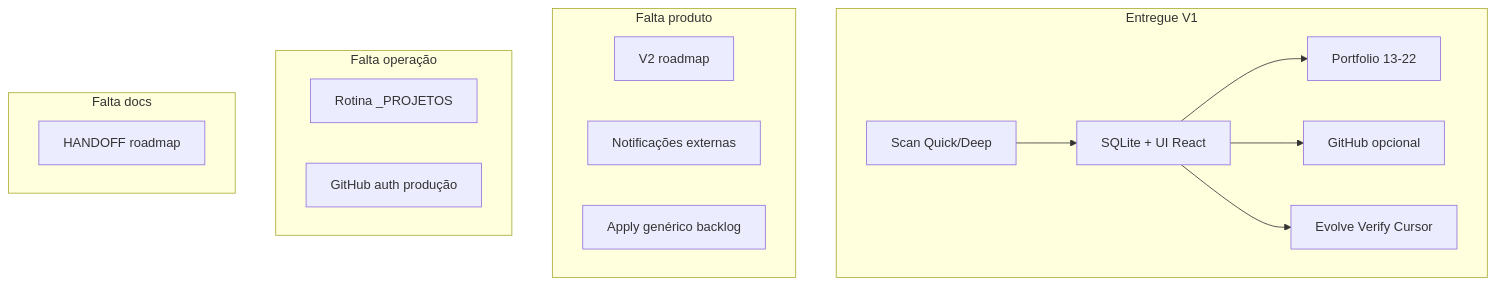
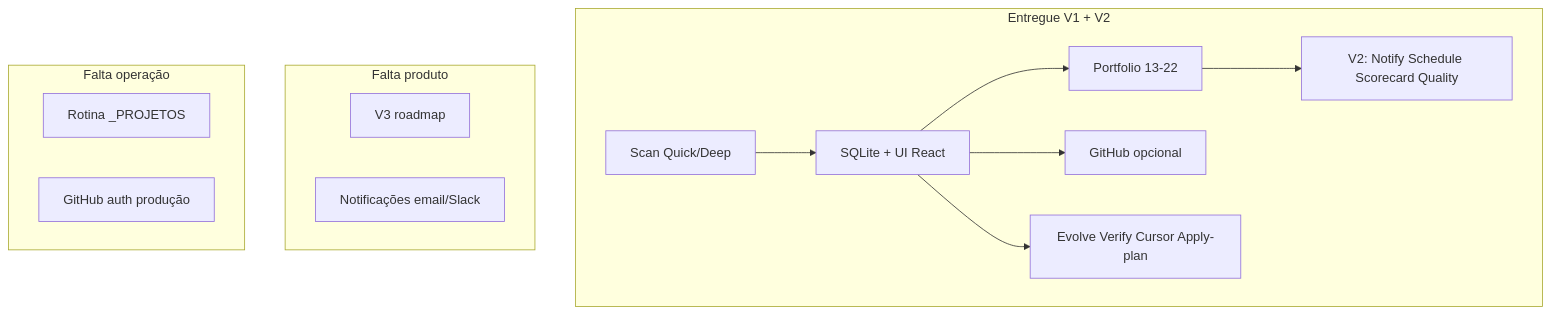
Before and after one commit to RivasCode-Ops/max-coding: the diagram in docs/LEVANTAMENTO.md, drawn with Mermaid. The commit also changed other lines of this file and 1 other file, not shown here.

Commit message:
docs: levantamento e handoff alinhados com v0.29 (fases 23-27)

````diff
--- a/docs/LEVANTAMENTO.md
+++ b/docs/LEVANTAMENTO.md
@@ -212,26 +215,24 @@
 ```mermaid
 flowchart TB
-  subgraph feito [Entregue V1]
+  subgraph feito [Entregue V1 + V2]
     A[Scan Quick/Deep]
     B[SQLite + UI React]
     C[Portfolio 13-22]
     D[GitHub opcional]
-    E[Evolve Verify Cursor]
+    E[Evolve Verify Cursor Apply-plan]
+    F[V2: Notify Schedule Scorecard Quality]
   end
   subgraph falta_prod [Falta produto]
-    F[V2 roadmap]
-    G[Notificações externas]
-    H[Apply genérico backlog]
+    G[V3 roadmap]
+    H[Notificações email/Slack]
   end
   subgraph falta_ops [Falta operação]
     I[Rotina _PROJETOS]
     J[GitHub auth produção]
   end
-  subgraph falta_doc [Falta docs]
-    K[HANDOFF roadmap]
-  end
   A --> B
   B --> C
   B --> D
   B --> E
+  C --> F
 ```
````
